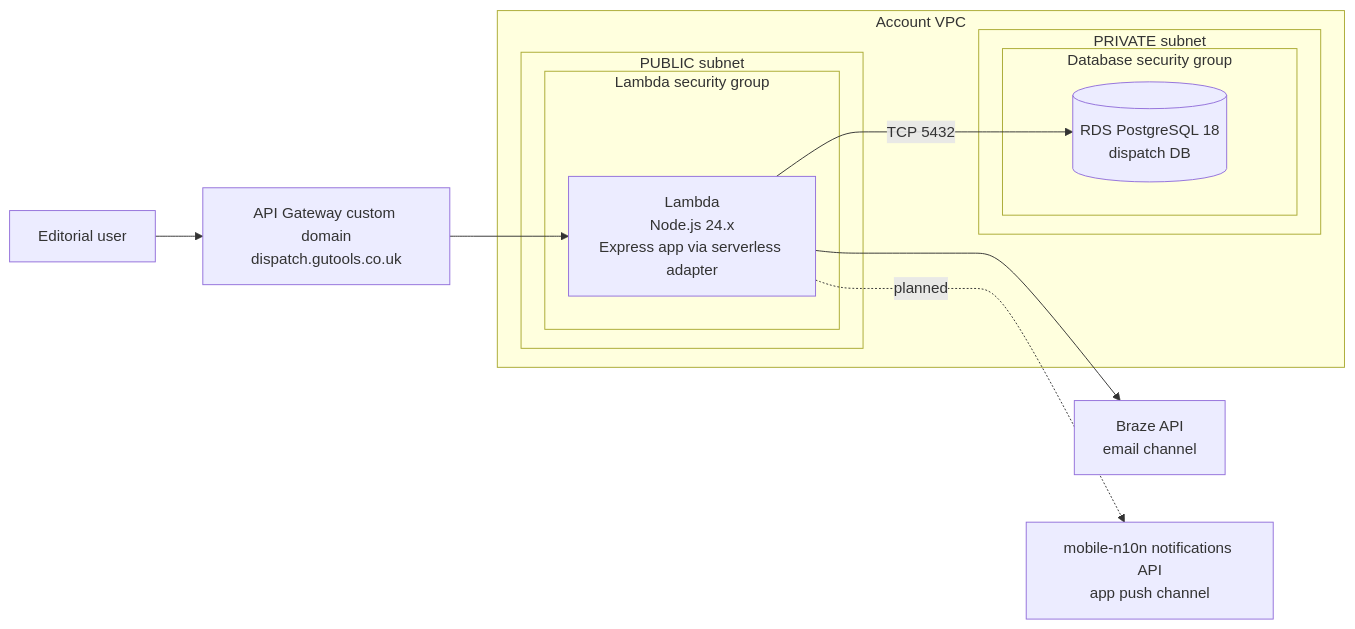
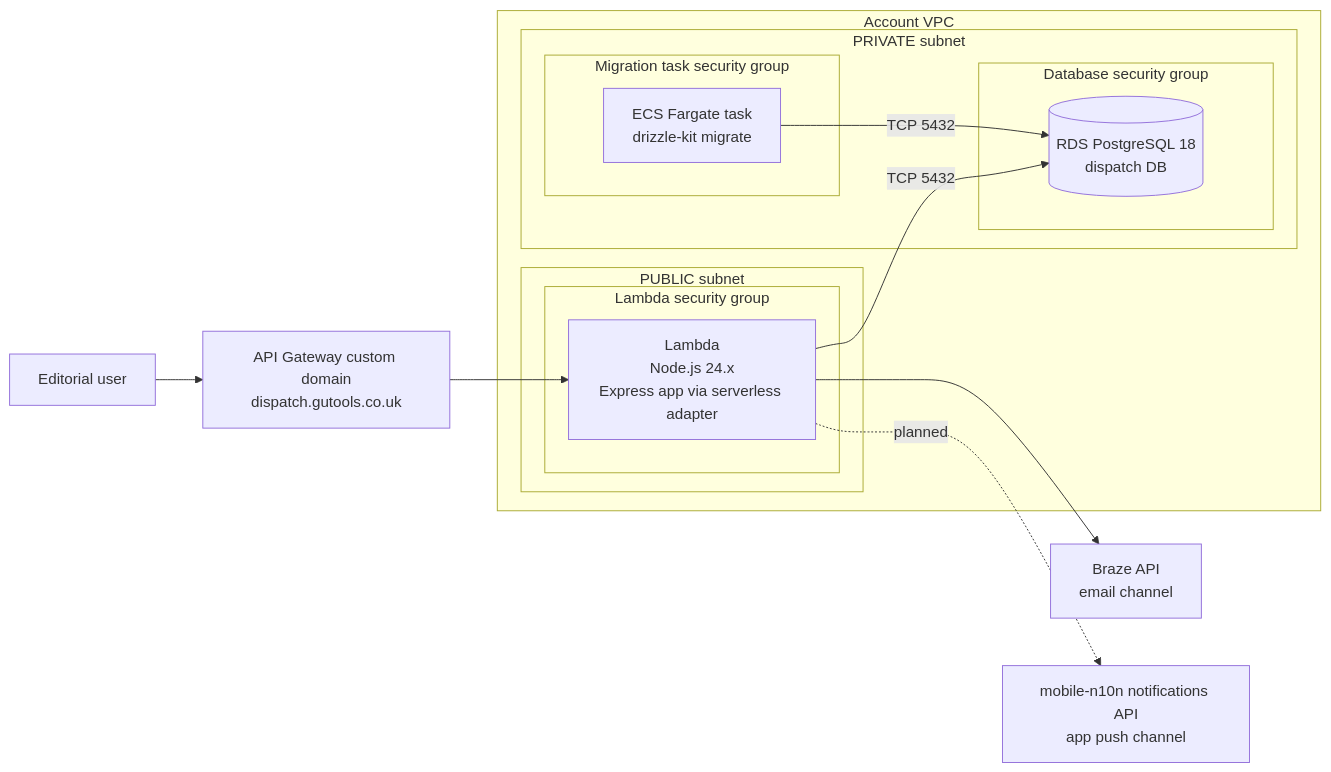
Before and after one commit to guardian/notifications-tooling: the diagram in README.md, drawn with Mermaid. The commit also changed other lines of this file and 12 other files, not shown here.

````diff
--- a/README.md
+++ b/README.md
@@ -130,24 +132,28 @@
 ```mermaid
 flowchart LR
 	Editor[Editorial user] --> APIGW[API Gateway custom domain\ndispatch.gutools.co.uk]
     APIGW --> Lambda
 
     subgraph VPC[Account VPC]
         subgraph SUBNET1[PUBLIC subnet]
             subgraph SG1[Lambda security group]
                 Lambda[Lambda\nNode.js 24.x\nExpress app via serverless adapter]
             end
         end
 
         subgraph SUBNET2[PRIVATE subnet]
             subgraph SG2[Database security group]
                 RDS[(RDS PostgreSQL 18\ndispatch DB)]
             end
+            subgraph SG3[Migration task security group]
+                MigTask[ECS Fargate task\ndrizzle-kit migrate]
+            end
         end
     end
 
     Lambda --> Braze[Braze API\nemail channel]
     Lambda -. planned .-> N10N[mobile-n10n notifications API\napp push channel]
 
     Lambda -->|TCP 5432| RDS
+    MigTask -->|TCP 5432| RDS
 ```
````
